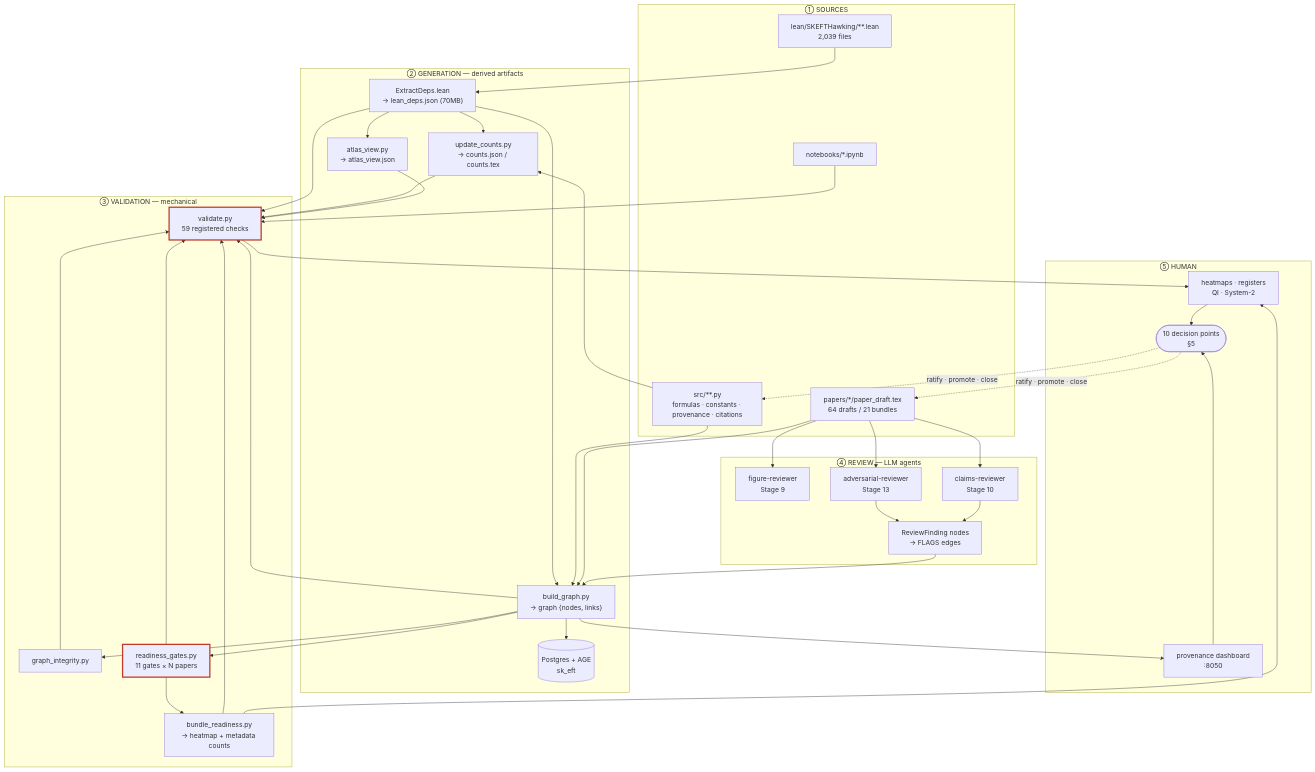
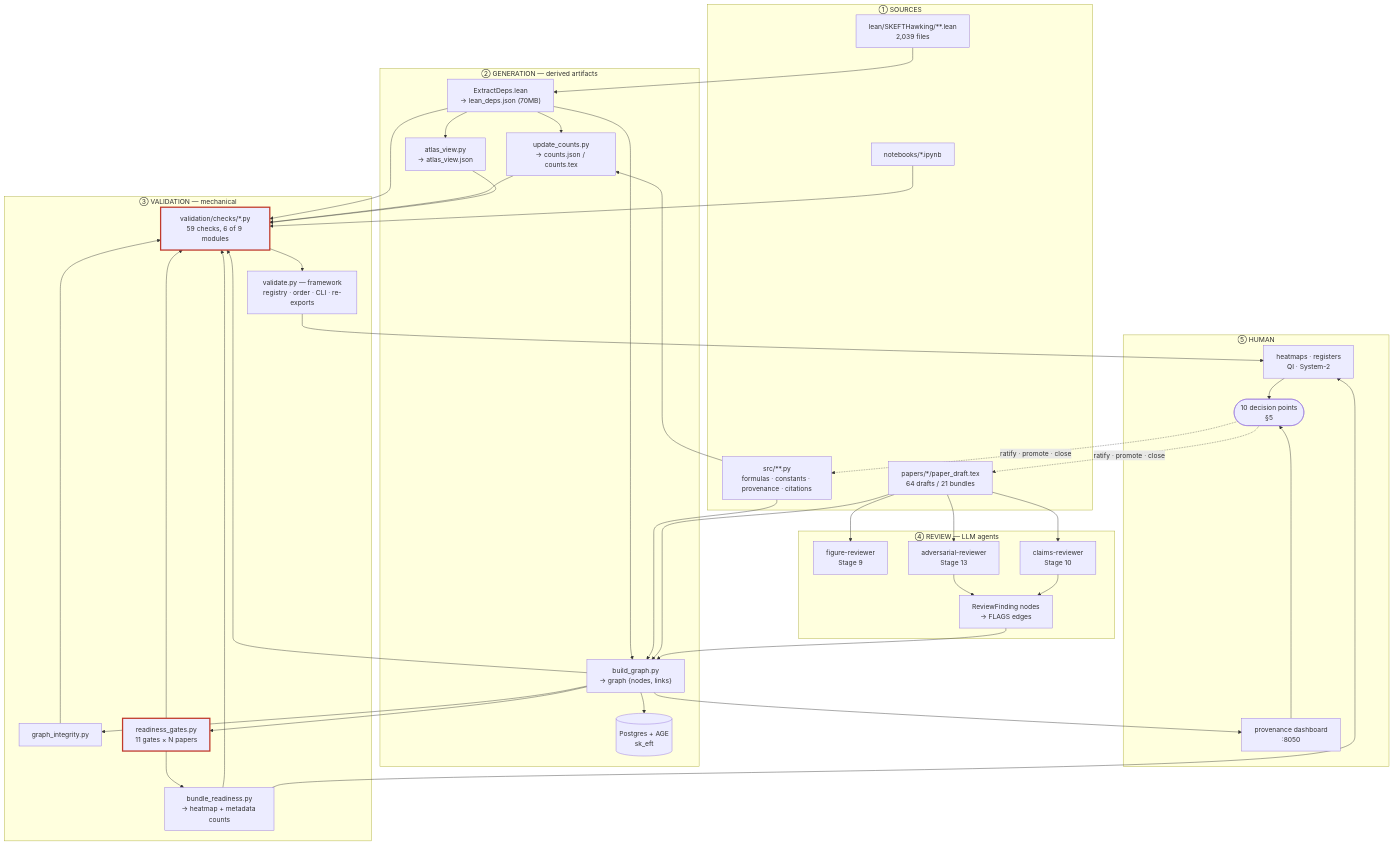
Before and after one commit to NetRxn/SK_EFT_Hawking: the first of 3 diagrams in docs/architecture/QA_QI_INFRASTRUCTURE_MAP.md, drawn with Mermaid. The commit also changed other lines of this file, not shown here.

First line of the commit message:
docs(architecture): bring the QA/QI map current with the Phase-2 split

````diff
--- a/docs/architecture/QA_QI_INFRASTRUCTURE_MAP.md
+++ b/docs/architecture/QA_QI_INFRASTRUCTURE_MAP.md
@@ -25,56 +25,58 @@
 ```mermaid
 flowchart TB
     subgraph S["① SOURCES"]
         LEAN["lean/SKEFTHawking/**.lean<br/>2,039 files"]
         PY["src/**.py<br/>formulas · constants · provenance · citations"]
         TEX["papers/*/paper_draft.tex<br/>64 drafts / 21 bundles"]
         NB["notebooks/*.ipynb"]
     end
 
     subgraph G["② GENERATION — derived artifacts"]
         ED["ExtractDeps.lean<br/>→ lean_deps.json (70MB)"]
         CNT["update_counts.py<br/>→ counts.json / counts.tex"]
         ATL["atlas_view.py<br/>→ atlas_view.json"]
         BG["build_graph.py<br/>→ graph {nodes, links}"]
         PG[("Postgres + AGE<br/>sk_eft")]
     end
 
     subgraph V["③ VALIDATION — mechanical"]
-        VAL["validate.py<br/>59 registered checks"]
+        VAL["validate.py — framework<br/>registry · order · CLI · re-exports"]
+        VCK["validation/checks/*.py<br/>59 checks, 6 of 9 modules"]
         GI["graph_integrity.py"]
         RG["readiness_gates.py<br/>11 gates × N papers"]
         BR["bundle_readiness.py<br/>→ heatmap + metadata counts"]
     end
 
     subgraph R["④ REVIEW — LLM agents"]
         FR["figure-reviewer<br/>Stage 9"]
         CR["claims-reviewer<br/>Stage 10"]
         AR["adversarial-reviewer<br/>Stage 13"]
         RF["ReviewFinding nodes<br/>→ FLAGS edges"]
     end
 
     subgraph H["⑤ HUMAN"]
         DASH["provenance dashboard<br/>:8050"]
         HEAT["heatmaps · registers<br/>QI · System-2"]
         DEC(["10 decision points<br/>§5"])
     end
 
     LEAN --> ED --> CNT & ATL & BG
     PY --> BG & CNT
     TEX --> BG
     BG --> PG & GI & RG
     RG --> BR
-    ED & CNT & ATL & BG --> VAL
-    GI & RG & BR --> VAL
+    ED & CNT & ATL & BG --> VCK
+    GI & RG & BR --> VCK
+    VCK --> VAL
     TEX --> FR & CR & AR
-    NB --> VAL
+    NB --> VCK
     AR & CR --> RF --> BG
     VAL --> HEAT
     BR --> HEAT
     BG --> DASH
     HEAT & DASH --> DEC
     DEC -.->|"ratify · promote · close"| PY & TEX
 
     classDef broken stroke:#c0392b,stroke-width:3px
-    class VAL,RG broken
+    class VCK,RG broken
 ```
````
